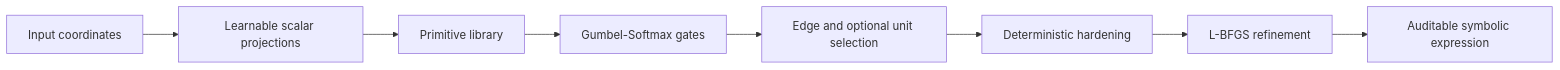
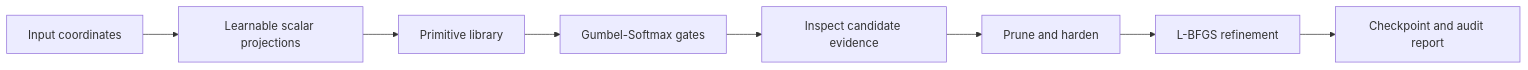
The diagram in README.md (jiangnan030-del/symbolic-kan-reproducible), drawn with Mermaid before and after one commit. The commit also changed other lines of this file, not shown here.

````diff
--- a/README.md
+++ b/README.md
@@ -81,10 +88,10 @@
 ```mermaid
 flowchart LR
     A[Input coordinates] --> B[Learnable scalar projections]
     B --> C[Primitive library]
     C --> D[Gumbel-Softmax gates]
-    D --> E[Edge and optional unit selection]
-    E --> F[Deterministic hardening]
+    D --> E[Inspect candidate evidence]
+    E --> F[Prune and harden]
     F --> G[L-BFGS refinement]
-    G --> H[Auditable symbolic expression]
+    G --> H[Checkpoint and audit report]
 ```
````
